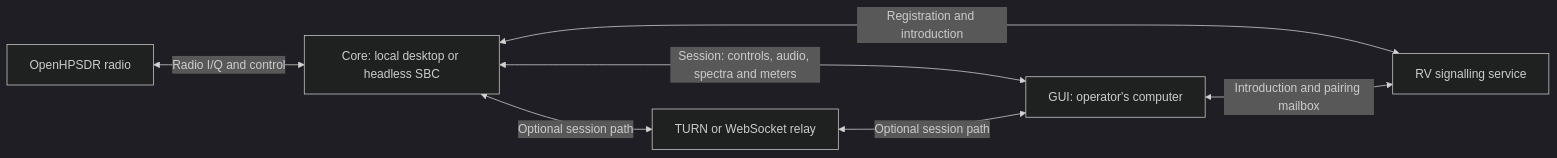
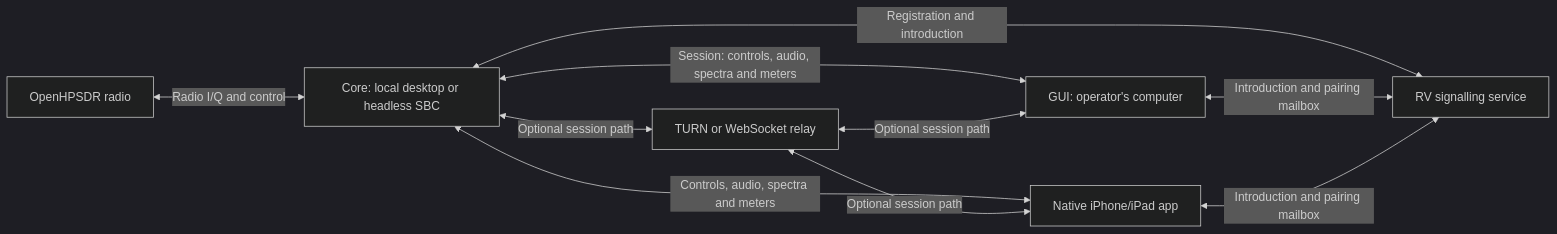
One commit to boydsoftprez/NereusSDR changed the diagram in README.md. Above: the diagram before and after it, drawn with Mermaid (dark theme). The commit also changed other lines of this file and 3 other files, not shown here.

Commit message:
docs: highlight the native mobile app and IPv6 remote access

````diff
--- a/README.md
+++ b/README.md
@@ -127,9 +167,12 @@
 ```mermaid
 flowchart LR
     Radio["OpenHPSDR radio"] <-->|"Radio I/Q and control"| Core["Core: local desktop or headless SBC"]
     Core <-->|"Session: controls, audio, spectra and meters"| GUI["GUI: operator's computer"]
     Core <-->|"Registration and introduction"| RV["RV signalling service"]
     GUI <-->|"Introduction and pairing mailbox"| RV
+    Core <-->|"Controls, audio, spectra and meters"| Phone["Native iPhone/iPad app"]
+    Phone <-->|"Introduction and pairing mailbox"| RV
     Core <-->|"Optional session path"| Relay["TURN or WebSocket relay"]
     Relay <-->|"Optional session path"| GUI
+    Relay <-->|"Optional session path"| Phone
 ```
````
